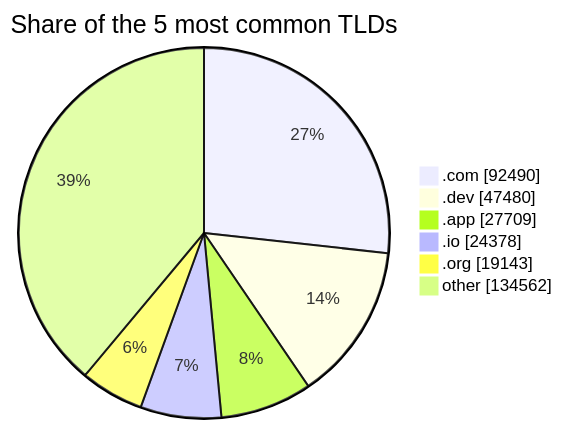
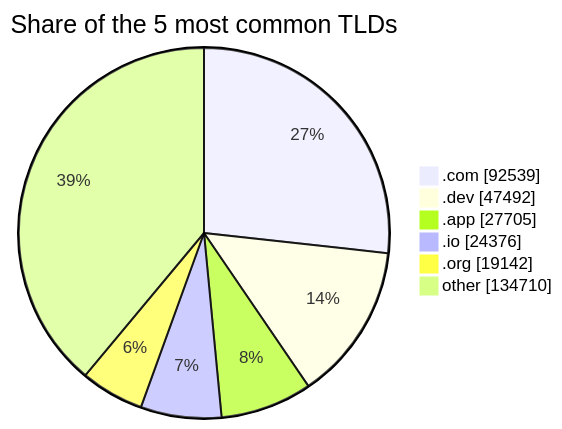
One commit to DNSBunker/CTI changed the third of 3 diagrams in README.md. Above: the diagram before and after it, drawn with Mermaid. The commit also changed other lines of this file and 3 other files, not shown here.

````diff
--- a/README.md
+++ b/README.md
@@ -81,9 +81,9 @@
 ```mermaid
 pie showData title Share of the 5 most common TLDs
-    ".com" : 92490
-    ".dev" : 47480
-    ".app" : 27709
-    ".io" : 24378
-    ".org" : 19143
-    "other" : 134562
+    ".com" : 92539
+    ".dev" : 47492
+    ".app" : 27705
+    ".io" : 24376
+    ".org" : 19142
+    "other" : 134710
 ```
````
